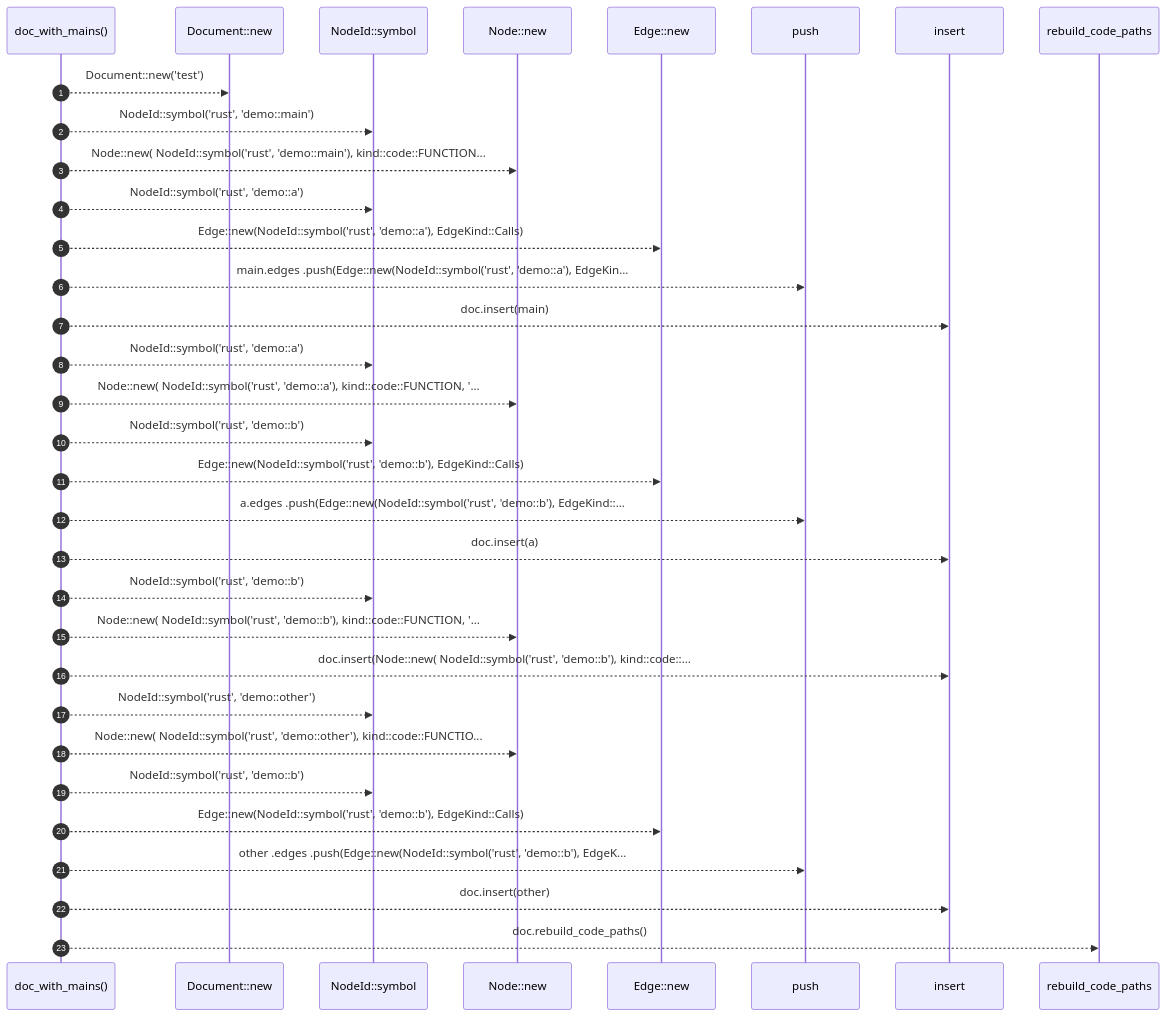
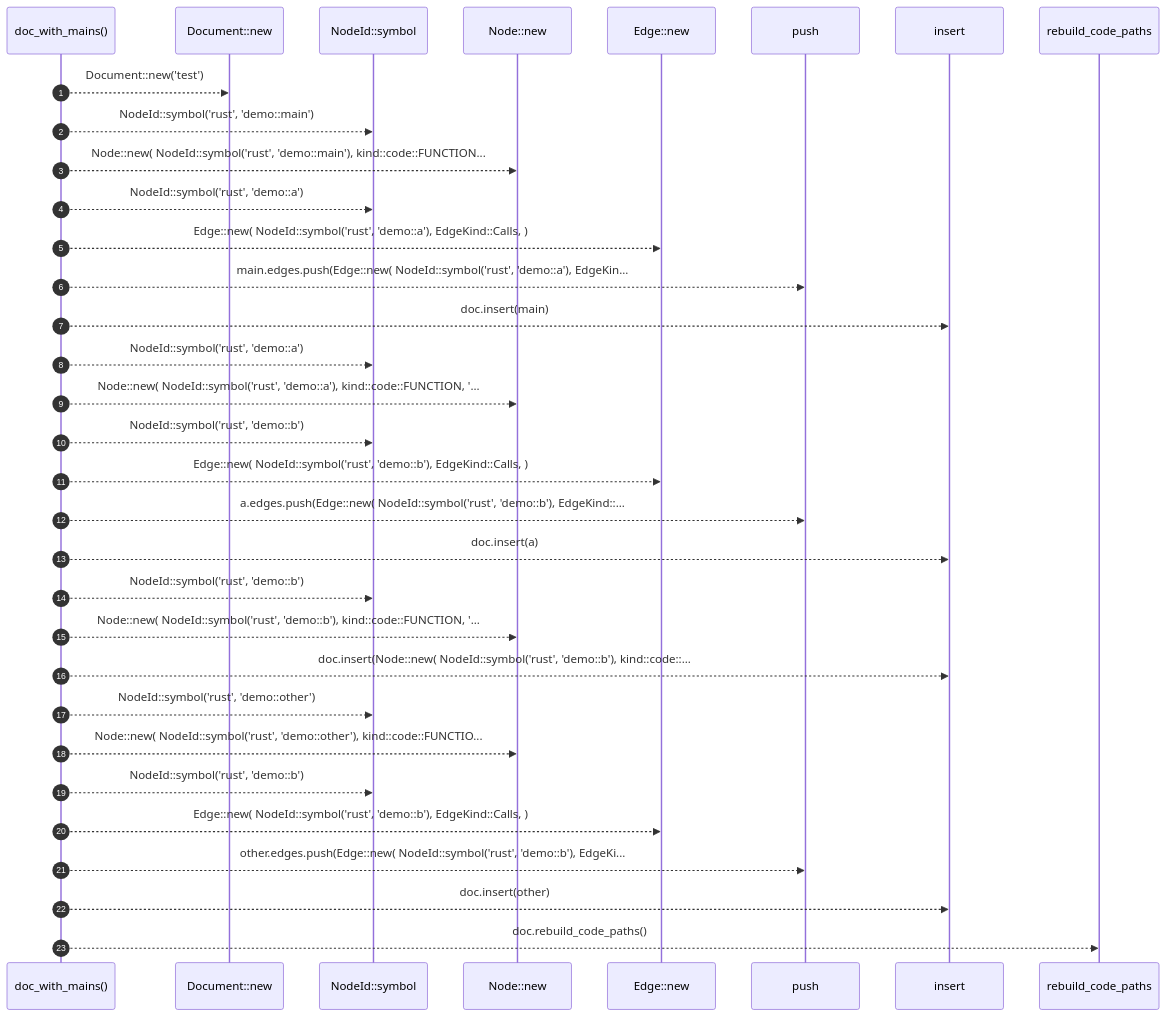
Before and after one commit to RyanGuild/self-describing-code: the diagram in docs/self-model/robby_render/view/entrypoints/tests/doc-with-mains.md, drawn with Mermaid. The commit also changed other lines of this file and 747 other files, not shown here.

````diff
--- a/docs/self-model/robby_render/view/entrypoints/tests/doc-with-mains.md
+++ b/docs/self-model/robby_render/view/entrypoints/tests/doc-with-mains.md
@@ -54,35 +59,35 @@
 ```mermaid
 sequenceDiagram
     autonumber
     participant doc_with_mains as doc_with_mains()
     participant Document__new as Document::new
     participant NodeId__symbol as NodeId::symbol
     participant Node__new as Node::new
     participant Edge__new as Edge::new
     participant push as push
     participant insert as insert
     participant rebuild_code_paths as rebuild_code_paths
     doc_with_mains-->>Document__new: Document::new('test')
     doc_with_mains-->>NodeId__symbol: NodeId::symbol('rust', 'demo::main')
     doc_with_mains-->>Node__new: Node::new( NodeId::symbol('rust', 'demo::main'), kind::code::FUNCTION...
     doc_with_mains-->>NodeId__symbol: NodeId::symbol('rust', 'demo::a')
-    doc_with_mains-->>Edge__new: Edge::new(NodeId::symbol('rust', 'demo::a'), EdgeKind::Calls)
-    doc_with_mains-->>push: main.edges .push(Edge::new(NodeId::symbol('rust', 'demo::a'), EdgeKin...
+    doc_with_mains-->>Edge__new: Edge::new( NodeId::symbol('rust', 'demo::a'), EdgeKind::Calls, )
+    doc_with_mains-->>push: main.edges.push(Edge::new( NodeId::symbol('rust', 'demo::a'), EdgeKin...
     doc_with_mains-->>insert: doc.insert(main)
     doc_with_mains-->>NodeId__symbol: NodeId::symbol('rust', 'demo::a')
     doc_with_mains-->>Node__new: Node::new( NodeId::symbol('rust', 'demo::a'), kind::code::FUNCTION, '...
     doc_with_mains-->>NodeId__symbol: NodeId::symbol('rust', 'demo::b')
-    doc_with_mains-->>Edge__new: Edge::new(NodeId::symbol('rust', 'demo::b'), EdgeKind::Calls)
-    doc_with_mains-->>push: a.edges .push(Edge::new(NodeId::symbol('rust', 'demo::b'), EdgeKind::...
+    doc_with_mains-->>Edge__new: Edge::new( NodeId::symbol('rust', 'demo::b'), EdgeKind::Calls, )
+    doc_with_mains-->>push: a.edges.push(Edge::new( NodeId::symbol('rust', 'demo::b'), EdgeKind::...
     doc_with_mains-->>insert: doc.insert(a)
     doc_with_mains-->>NodeId__symbol: NodeId::symbol('rust', 'demo::b')
     doc_with_mains-->>Node__new: Node::new( NodeId::symbol('rust', 'demo::b'), kind::code::FUNCTION, '...
     doc_with_mains-->>insert: doc.insert(Node::new( NodeId::symbol('rust', 'demo::b'), kind::code::...
     doc_with_mains-->>NodeId__symbol: NodeId::symbol('rust', 'demo::other')
     doc_with_mains-->>Node__new: Node::new( NodeId::symbol('rust', 'demo::other'), kind::code::FUNCTIO...
     doc_with_mains-->>NodeId__symbol: NodeId::symbol('rust', 'demo::b')
-    doc_with_mains-->>Edge__new: Edge::new(NodeId::symbol('rust', 'demo::b'), EdgeKind::Calls)
-    doc_with_mains-->>push: other .edges .push(Edge::new(NodeId::symbol('rust', 'demo::b'), EdgeK...
+    doc_with_mains-->>Edge__new: Edge::new( NodeId::symbol('rust', 'demo::b'), EdgeKind::Calls, )
+    doc_with_mains-->>push: other.edges.push(Edge::new( NodeId::symbol('rust', 'demo::b'), EdgeKi...
     doc_with_mains-->>insert: doc.insert(other)
     doc_with_mains-->>rebuild_code_paths: doc.rebuild_code_paths()
 ```
````
